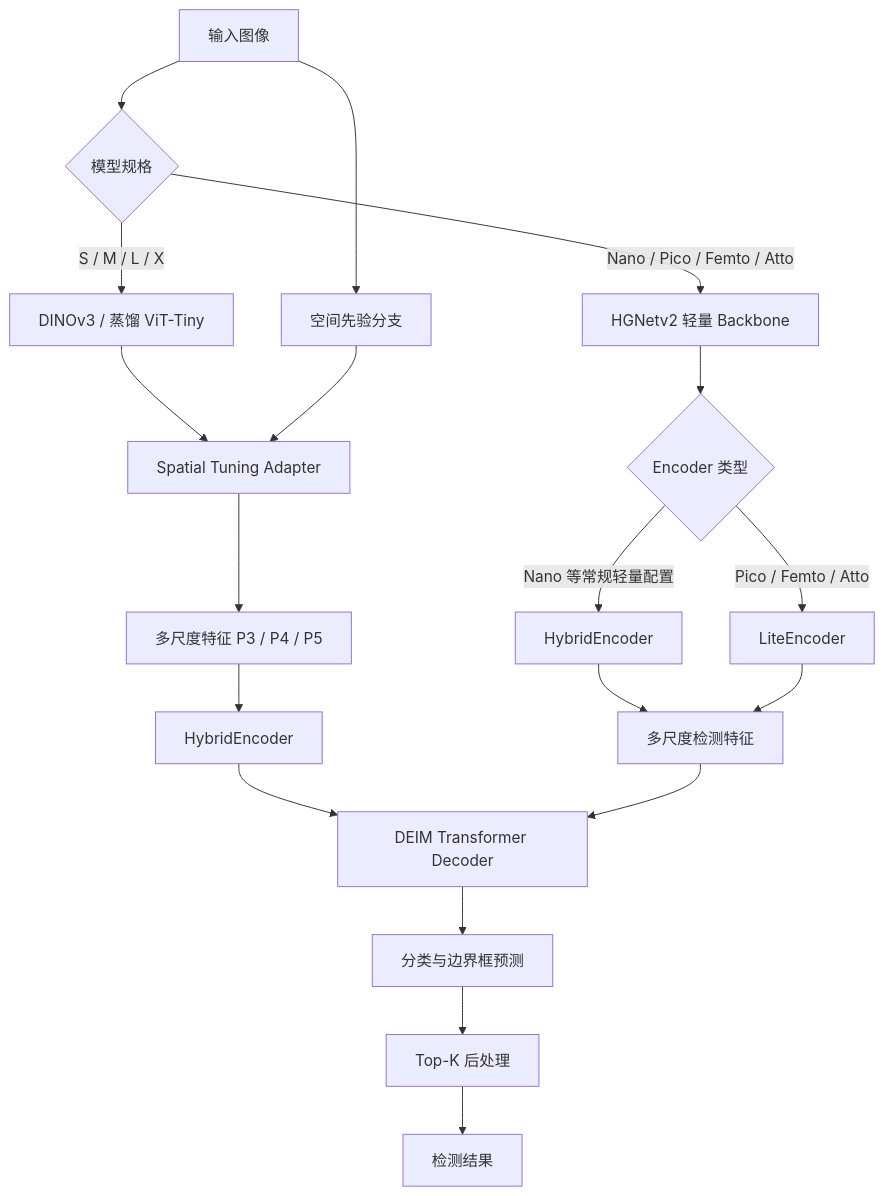
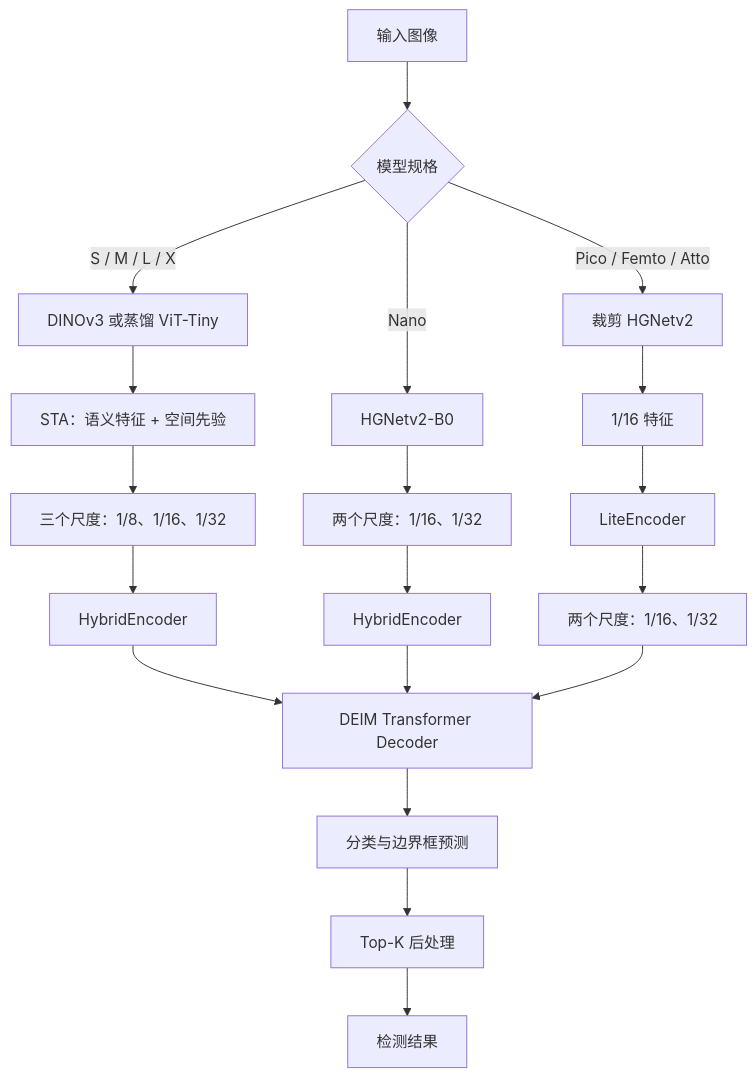
Before and after one commit to zhanghuiwan/knowledge-base: the first of 7 diagrams in website/articles/deimv2/index.md, drawn with Mermaid. The commit also changed other lines of this file, not shown here.

```diff
--- a/website/articles/deimv2/index.md
+++ b/website/articles/deimv2/index.md
@@ -92,21 +100,21 @@
 ~~~mermaid
 flowchart TD
     A["输入图像"] --> B{"模型规格"}
-    B -->|"S / M / L / X"| C["DINOv3 / 蒸馏 ViT-Tiny"]
-    C --> D["Spatial Tuning Adapter"]
-    A --> E["空间先验分支"]
-    E --> D
-    D --> F["多尺度特征 P3 / P4 / P5"]
-    F --> G["HybridEncoder"]
-    B -->|"Nano / Pico / Femto / Atto"| H["HGNetv2 轻量 Backbone"]
-    H --> I{"Encoder 类型"}
-    I -->|"Nano 等常规轻量配置"| J["HybridEncoder"]
-    I -->|"Pico / Femto / Atto"| K["LiteEncoder"]
-    J --> L["多尺度检测特征"]
-    K --> L
-    G --> M["DEIM Transformer Decoder"]
-    L --> M
-    M --> N["分类与边界框预测"]
-    N --> O["Top-K 后处理"]
-    O --> P["检测结果"]
+    B -->|"S / M / L / X"| C["DINOv3 或蒸馏 ViT-Tiny"]
+    C --> D["STA：语义特征 + 空间先验"]
+    D --> E["三个尺度：1/8、1/16、1/32"]
+    E --> F["HybridEncoder"]
+    B -->|"Nano"| G["HGNetv2-B0"]
+    G --> H["两个尺度：1/16、1/32"]
+    H --> I["HybridEncoder"]
+    B -->|"Pico / Femto / Atto"| J["裁剪 HGNetv2"]
+    J --> K["1/16 特征"]
+    K --> L["LiteEncoder"]
+    L --> M["两个尺度：1/16、1/32"]
+    F --> N["DEIM Transformer Decoder"]
+    I --> N
+    M --> N
+    N --> O["分类与边界框预测"]
+    O --> P["Top-K 后处理"]
+    P --> Q["检测结果"]
 ~~~
```
